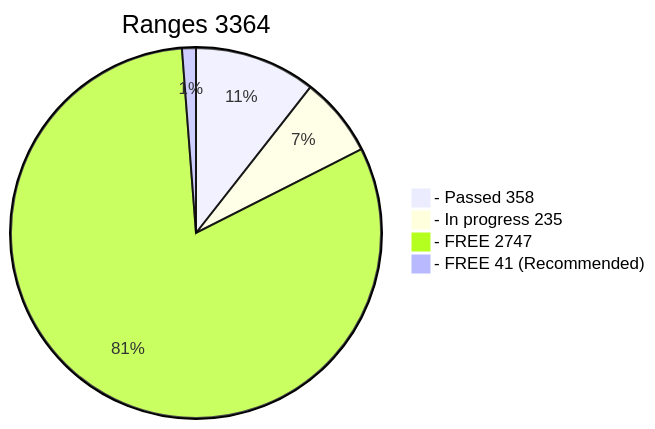
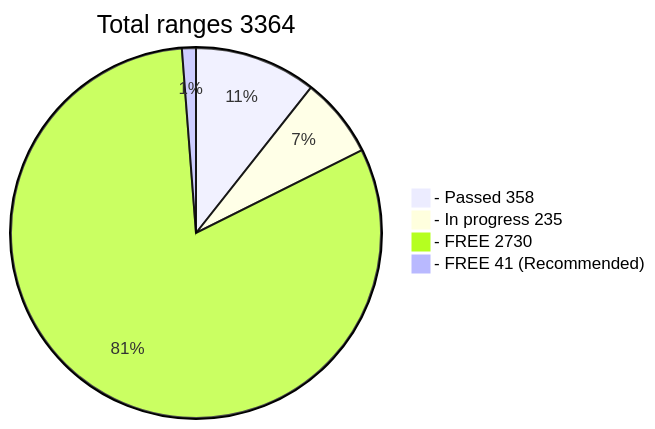
The diagram in x64/Release/table.md (phrutis/wif500), drawn with Mermaid before and after one commit. The commit also changed other lines of this file, not shown here.

````diff
--- a/x64/Release/table.md
+++ b/x64/Release/table.md
@@ -2,7 +2,7 @@
 ```mermaid
-pie title Ranges 3364
+pie title Total ranges 3364
   "- Passed 358" : 358
   "- In progress 235" : 235
-  "- FREE 2747" : 2747
+  "- FREE 2730" : 2730
   "- FREE 41 (Recommended)" : 41
 ```
````
